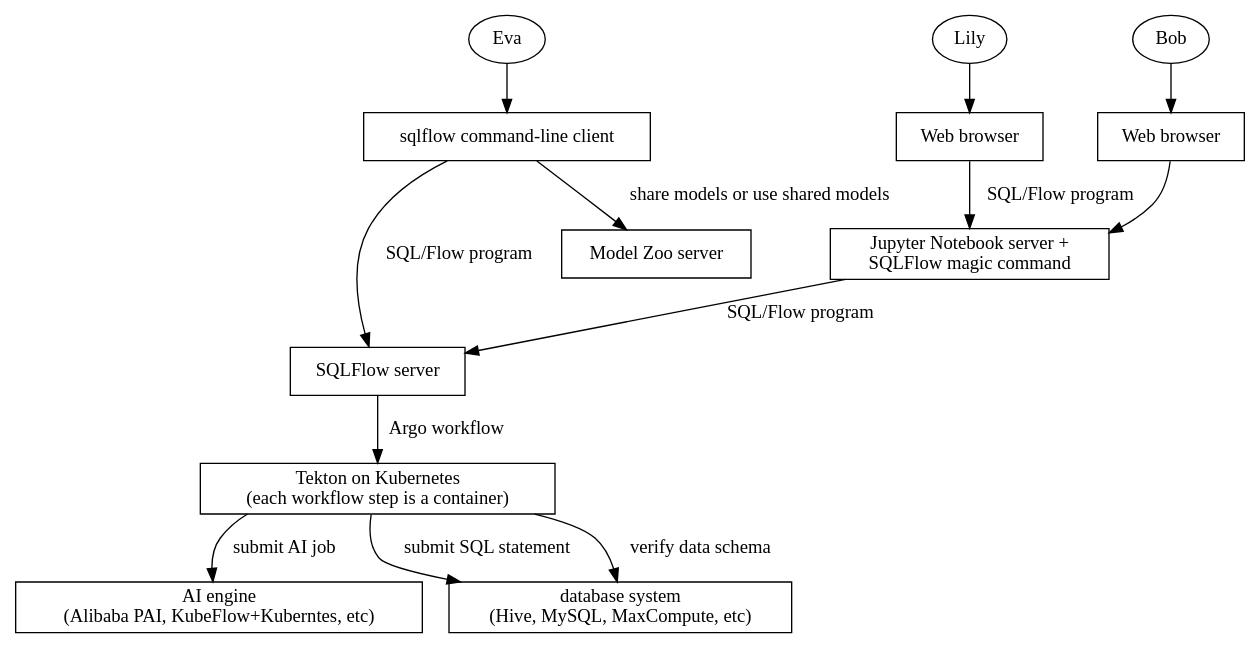
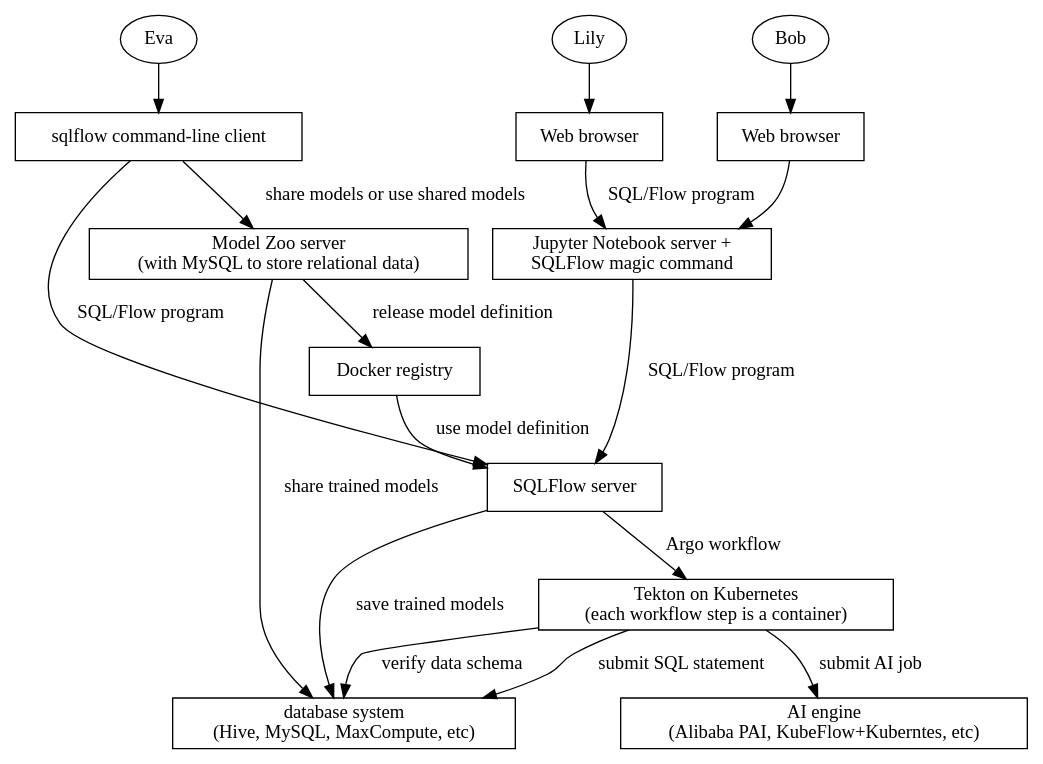
The diagram in figures/arch.dot (sql-machine-learning/playground), drawn with Graphviz before and after one commit. The commit also changed 3 other files, not shown here.

```diff
--- a/figures/arch.dot
+++ b/figures/arch.dot
@@ -1,38 +1,43 @@
 digraph G {
         node [shape=box];
 
         User1 [shape=oval, label="Lily"];
         User2 [shape=oval, label="Bob"];
         User3 [shape=oval, label="Eva"];
 
         {rank = same; User1; User2; User3}
 
         Browser1 [label="Web browser"];
         Browser2 [label="Web browser"];
 
         {rank = same; Browser1, Browser2, Client}
 
         Jupyter [label="Jupyter Notebook server +\n SQLFlow magic command"];
         SQLFlow [label="SQLFlow server"];
-        ModelZoo [label="Model Zoo server\n"];
+        ModelZoo [label="Model Zoo server\n(with MySQL to store relational data)"];
+        DockerRegistry [label="Docker registry"];
         Argo [label="Tekton on Kubernetes\n(each workflow step is a container)"];
         AI [label="AI engine\n(Alibaba PAI, KubeFlow+Kuberntes, etc)"];
         DBMS [label="database system\n(Hive, MySQL, MaxCompute, etc)"];
 
         User1 -> Browser1;
         User2 -> Browser2;
         Browser1 -> Jupyter [label="SQL/Flow program"];
         Browser2 -> Jupyter;
 
         Jupyter -> SQLFlow [label="SQL/Flow program"];
         SQLFlow -> Argo [label="Argo workflow"];
         Argo -> DBMS [label="submit SQL statement"];
         Argo -> AI [label="submit AI job"];
         Argo -> DBMS [label="verify data schema"];
+        ModelZoo -> DockerRegistry [label="release model definition"];
+        DockerRegistry -> SQLFlow [label="use model definition"];
+        SQLFlow -> DBMS [label="save trained models"];
+        ModelZoo -> DBMS [label="share trained models"];
 
         Client [label="sqlflow command-line client"];
 
         User3 -> Client;
         Client -> SQLFlow [label="SQL/Flow program"];
         Client -> ModelZoo [label="share models or use shared models"];
 }
```
